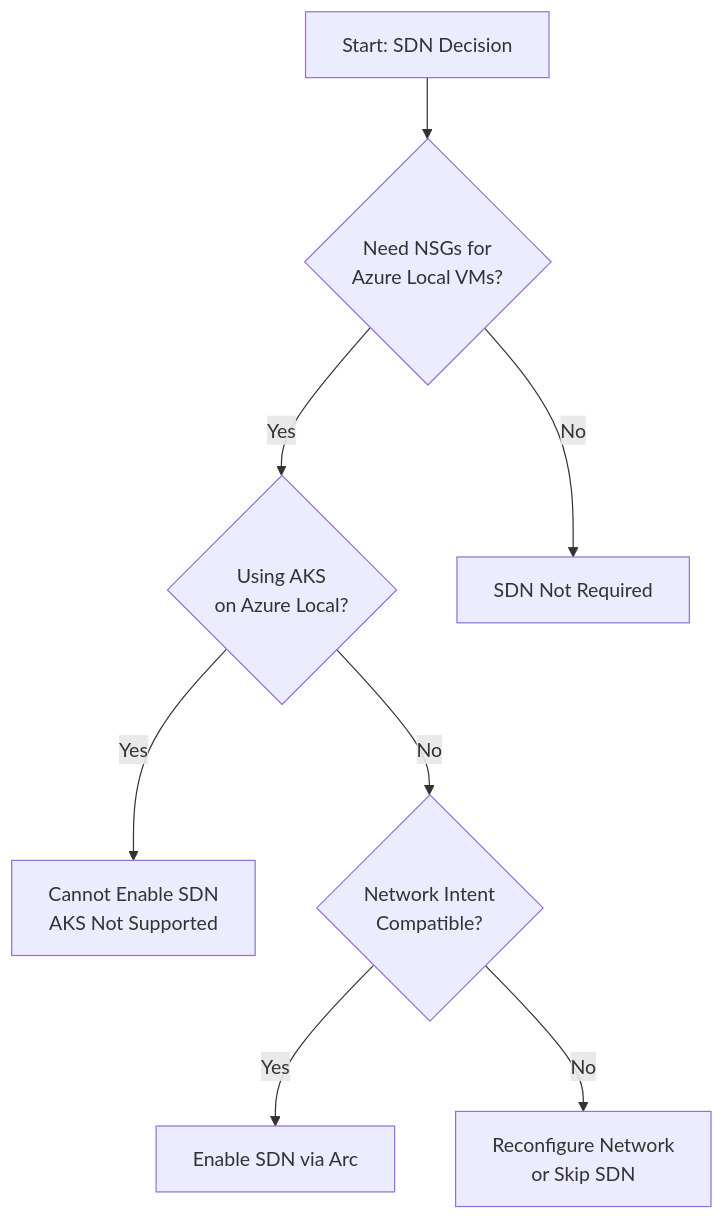
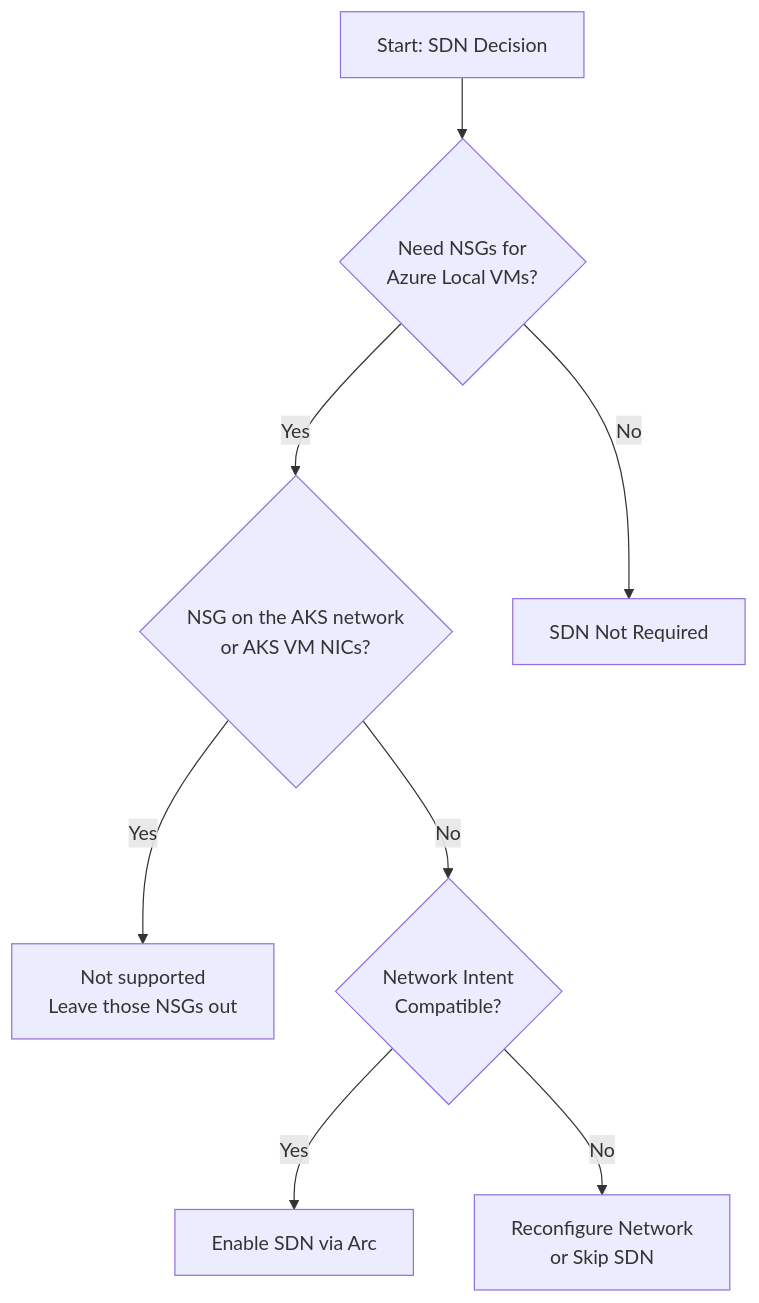
One commit to AzureLocal/azurelocal.github.io changed the diagram in docs/implementation/05-operational-foundations/phase-01-sdn-deployment/index.mdx. Above: the diagram before and after it, drawn with Mermaid. The commit also changed other lines of this file and 57 other files, not shown here.

````diff
--- a/docs/implementation/05-operational-foundations/phase-01-sdn-deployment/index.mdx
+++ b/docs/implementation/05-operational-foundations/phase-01-sdn-deployment/index.mdx
@@ -151,10 +150,10 @@
 ```mermaid
 flowchart TD
  A[Start: SDN Decision] --> B{Need NSGs for<br/>Azure Local VMs?}
- B -->|Yes| C{Using AKS<br/>on Azure Local?}
+ B -->|Yes| C{NSG on the AKS network<br/>or AKS VM NICs?}
  B -->|No| D[SDN Not Required]
- C -->|Yes| E[Cannot Enable SDN<br/>AKS Not Supported]
+ C -->|Yes| E[Not supported<br/>Leave those NSGs out]
  C -->|No| F{Network Intent<br/>Compatible?}
  F -->|Yes| G[Enable SDN via Arc]
  F -->|No| H[Reconfigure Network<br/>or Skip SDN]
 ```
````
